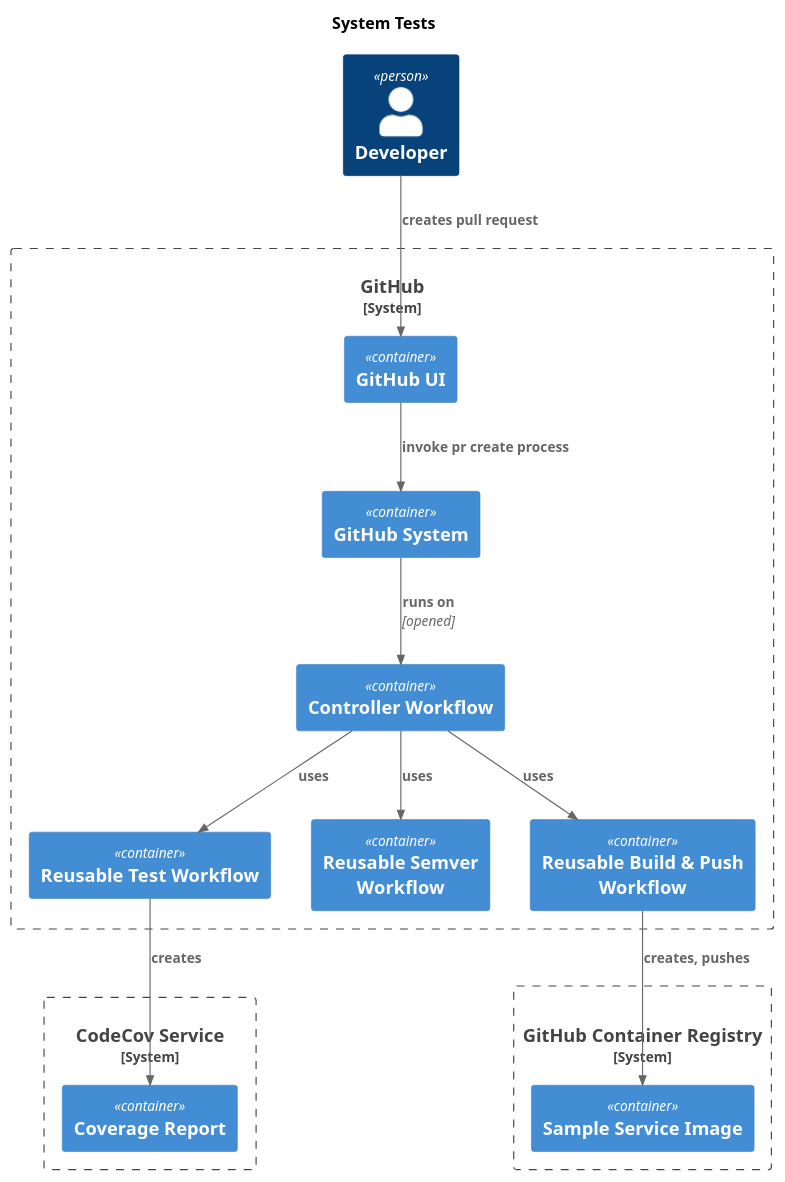
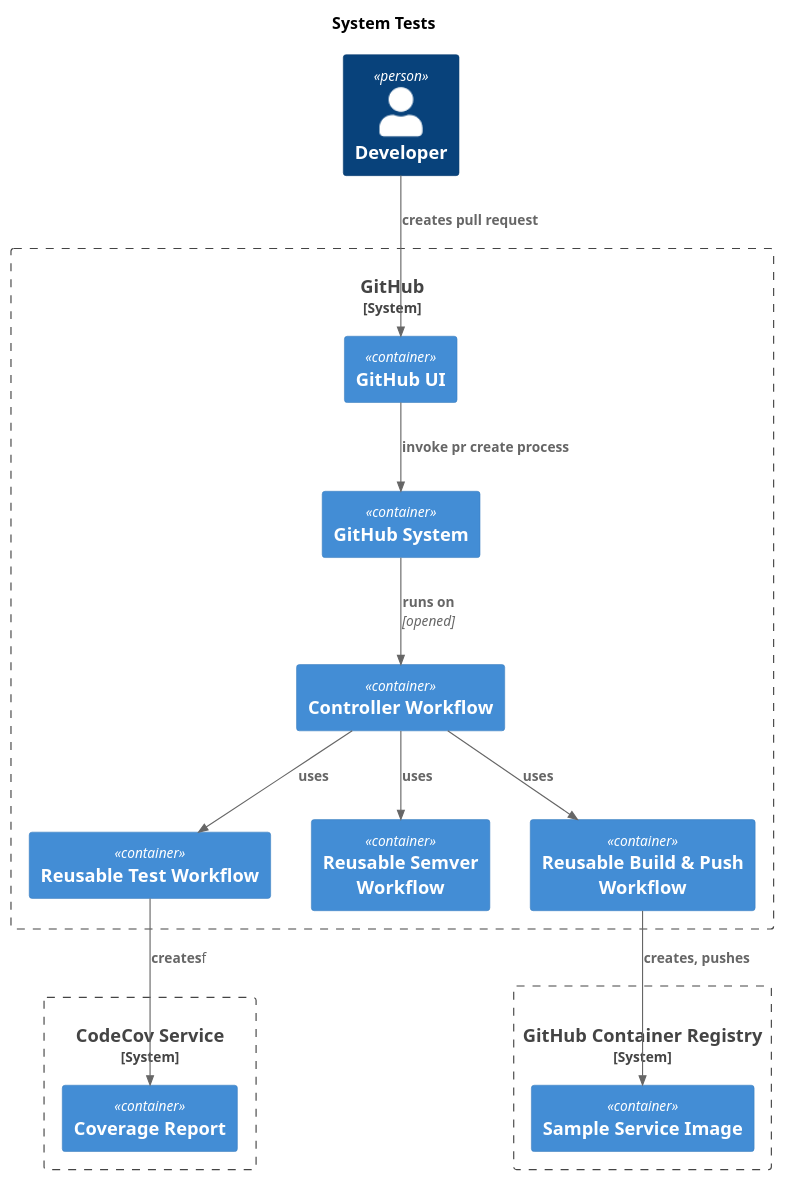
The diagram in docs/gha/diagrams/pr-to-develop.puml (kbase/sample_service), drawn with PlantUML before and after one commit. The commit also changed 4 other files, not shown here.

Commit message:
beginning to convert plantuml to mermaid [SAM-238]

```diff
--- a/docs/gha/diagrams/pr-to-develop.puml
+++ b/docs/gha/diagrams/pr-to-develop.puml
@@ -1,38 +1,38 @@
 @startuml system-tests-c4
 !include https://raw.githubusercontent.com/plantuml-stdlib/C4-PlantUML/master/C4_Container.puml
 
 title System Tests
 
 Person(developer, "Developer")
 
 System_Boundary(github, "GitHub") {
     Container(github_ui, "GitHub UI")
     Container(github_system, "GitHub System")
     Container(controller_workflow, "Controller Workflow")
     Container(reusable_test, "Reusable Test Workflow")
     Container(reusable_semver, "Reusable Semver Workflow")
     Container(reusable_build_push, "Reusable Build & Push Workflow")
 }
 
 System_Boundary(ghcr, "GitHub Container Registry", "GHCR") {
     Container(sample_service_image, "Sample Service Image")
 }
 
 System_Boundary(codecov, "CodeCov Service") {
     Container(coverage_report, "Coverage Report")
 }
 
 Rel(developer, github_ui, "creates pull request")
 Rel(github_ui, github_system, "invoke pr create process")
 
 Rel(github_system, controller_workflow, "runs on", "opened")
 
 Rel(controller_workflow, reusable_test, "uses")
 Rel(controller_workflow, reusable_semver, "uses")
 Rel(controller_workflow, reusable_build_push, "uses")
 
 Rel(reusable_build_push, sample_service_image, "creates, pushes")
 
-Rel(reusable_test, coverage_report, "creates")
+Rel(reusable_test, coverage_report, "creates")f
 
 @enduml
```
